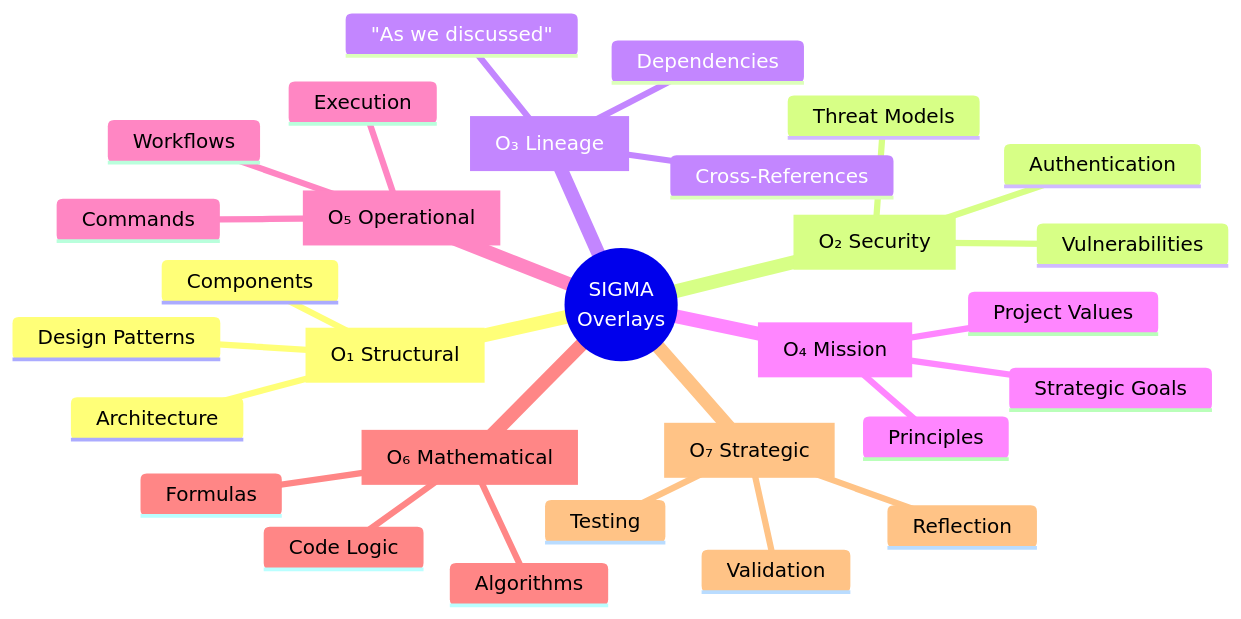
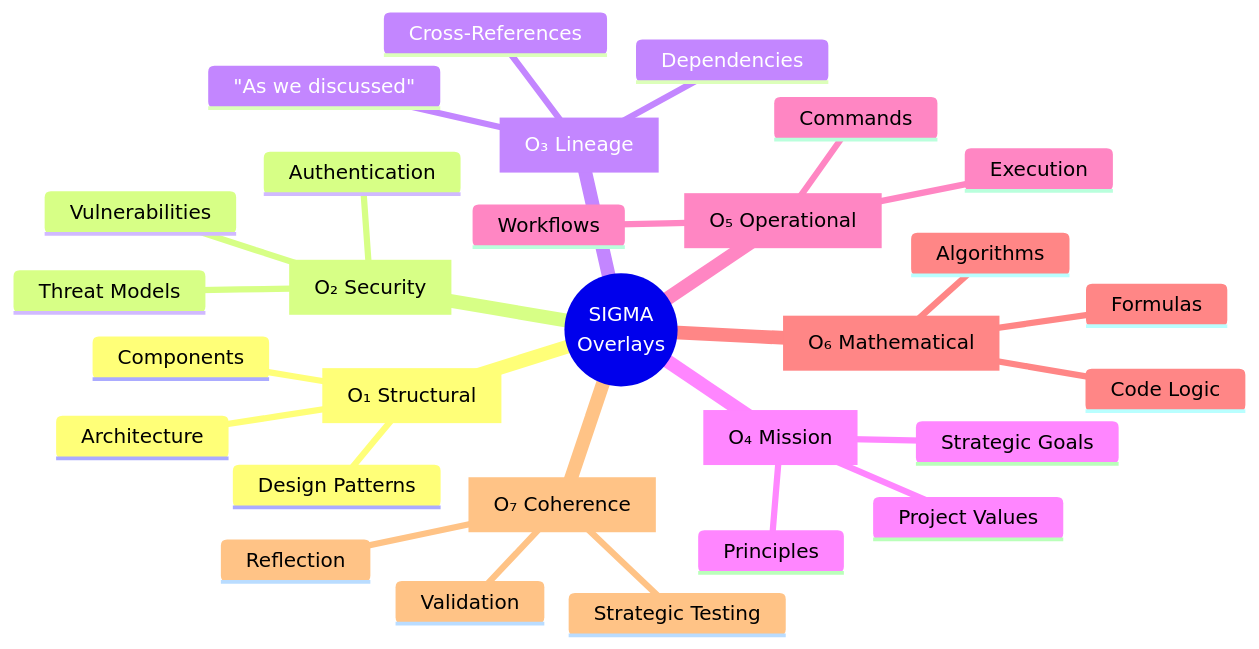
The second of 11 diagrams in src/cognition-cli/SIGMA_CONTEXT_ARCHITECTURE.md (mirzahusadzic/cogx), drawn with Mermaid before and after one commit. The commit also changed other lines of this file and 2 other files, not shown here.

First line of the commit message:
Update SIGMA documentation: dual-lattice visualization and O7 Coherence refinement

````diff
--- a/src/cognition-cli/SIGMA_CONTEXT_ARCHITECTURE.md
+++ b/src/cognition-cli/SIGMA_CONTEXT_ARCHITECTURE.md
@@ -148,32 +152,32 @@
 ```mermaid
 mindmap
   root((SIGMA<br/>Overlays))
     O1[O₁ Structural]
       Architecture
       Components
       Design Patterns
     O2[O₂ Security]
       Authentication
       Vulnerabilities
       Threat Models
     O3[O₃ Lineage]
       Dependencies
       Cross-References
       "As we discussed"
     O4[O₄ Mission]
       Strategic Goals
       Project Values
       Principles
     O5[O₅ Operational]
       Commands
       Workflows
       Execution
     O6[O₆ Mathematical]
       Algorithms
       Formulas
       Code Logic
-    O7[O₇ Strategic]
-      Testing
+    O7[O₇ Coherence]
+      Strategic Testing
       Validation
       Reflection
 ```
````
